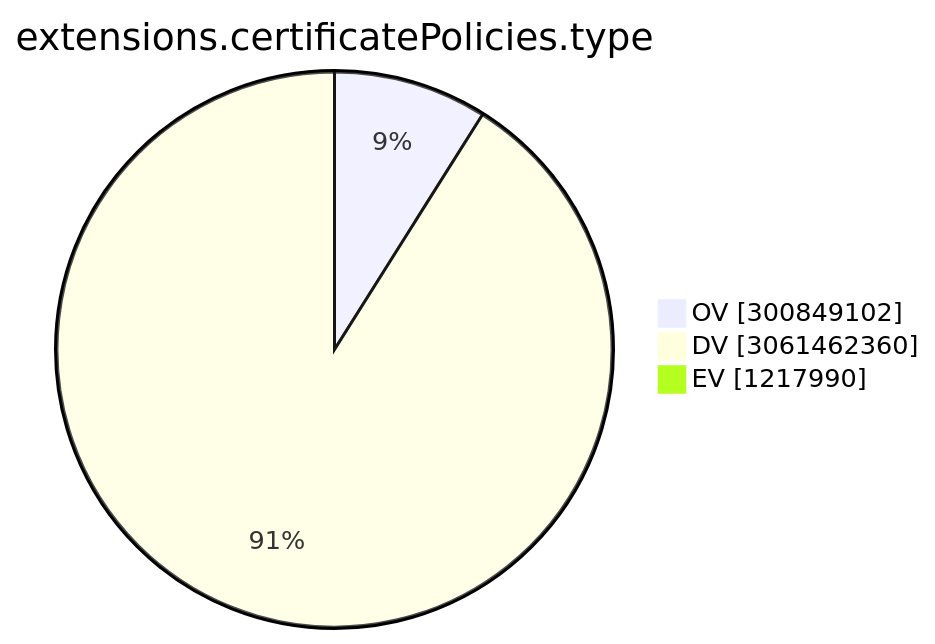
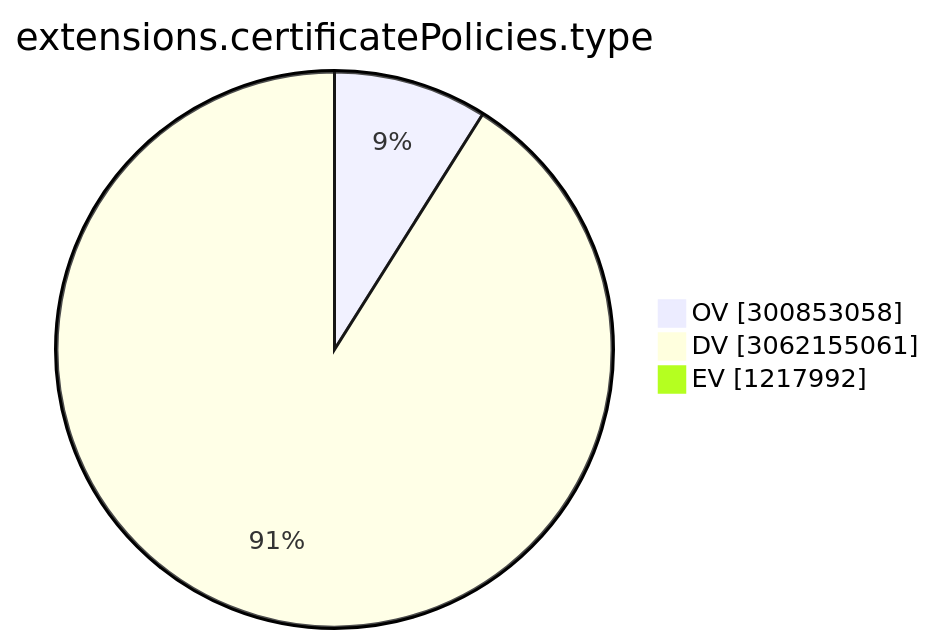
Before and after one commit to christiankrug/ctmonitor_visualization: the ninth of 15 diagrams in TOTAL/README.md, drawn with Mermaid. The commit also changed other lines of this file, not shown here.

````diff
--- a/TOTAL/README.md
+++ b/TOTAL/README.md
@@ -3102,7 +3102,7 @@
 ```mermaid
 pie showData
 title extensions.certificatePolicies.type
-"OV" :300849102
-"DV" :3061462360
-"EV" :1217990
+"OV" :300853058
+"DV" :3062155061
+"EV" :1217992
 ```
````
